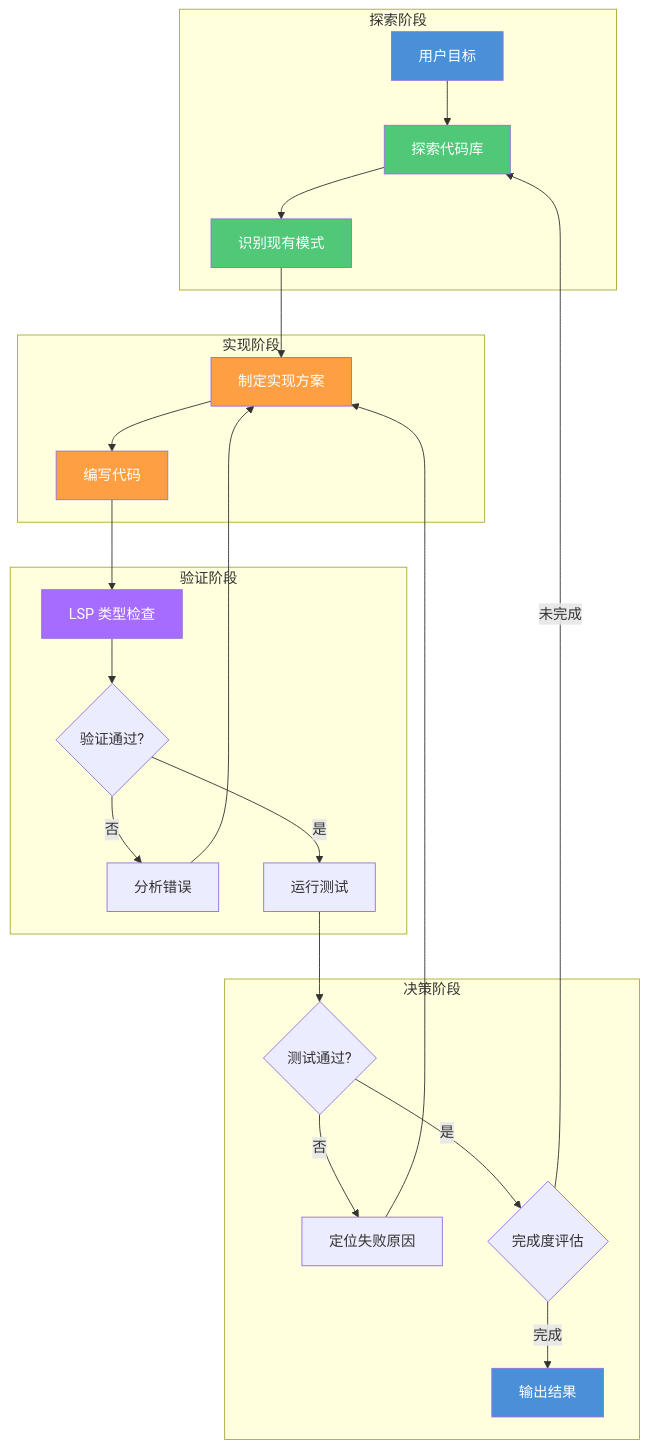
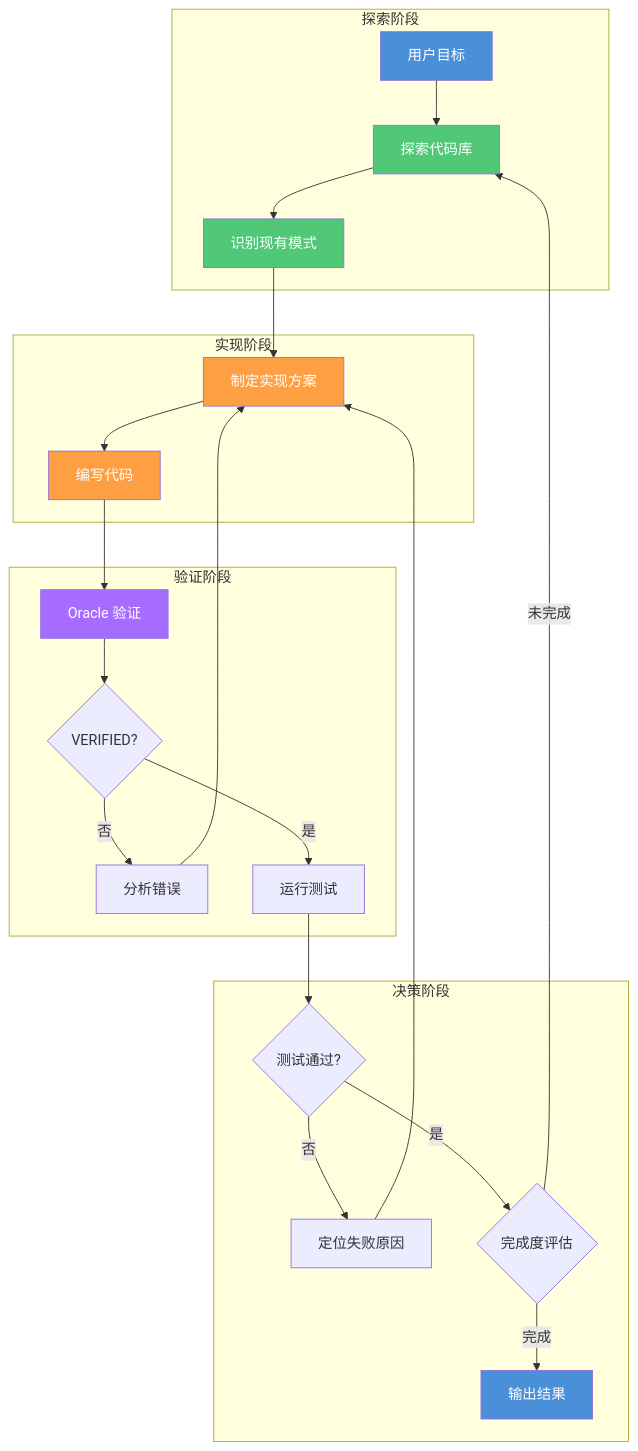
One commit to tonydeng/harness-engineering-from-oc-to-ai-coding changed the first of 3 diagrams in src/04-workflows/ultrawork-mode.md. Above: the diagram before and after it, drawn with Mermaid. The commit also changed other lines of this file and 331 other files, not shown here.

````diff
--- a/src/04-workflows/ultrawork-mode.md
+++ b/src/04-workflows/ultrawork-mode.md
@@ -27,37 +31,37 @@
 ```mermaid
 flowchart TB
     subgraph 探索阶段
         A[用户目标] --> B[探索代码库]
         B --> C[识别现有模式]
     end
 
     subgraph 实现阶段
         C --> D[制定实现方案]
         D --> E[编写代码]
     end
 
     subgraph 验证阶段
-        E --> F[LSP 类型检查]
-        F --> G{验证通过?}
+        E --> F[Oracle 验证]
+        F --> G{VERIFIED?}
         G -->|否| H[分析错误]
         H --> D
         G -->|是| I[运行测试]
     end
 
     subgraph 决策阶段
         I --> J{测试通过?}
         J -->|否| K[定位失败原因]
         K --> D
         J -->|是| L{完成度评估}
         L -->|未完成| B
         L -->|完成| M[输出结果]
     end
 
     style A fill:#4A90D9,color:#fff
     style B fill:#50C878,color:#fff
     style C fill:#50C878,color:#fff
     style D fill:#FF9F43,color:#fff
     style E fill:#FF9F43,color:#fff
     style F fill:#A66CFF,color:#fff
     style M fill:#4A90D9,color:#fff
 ```
````
